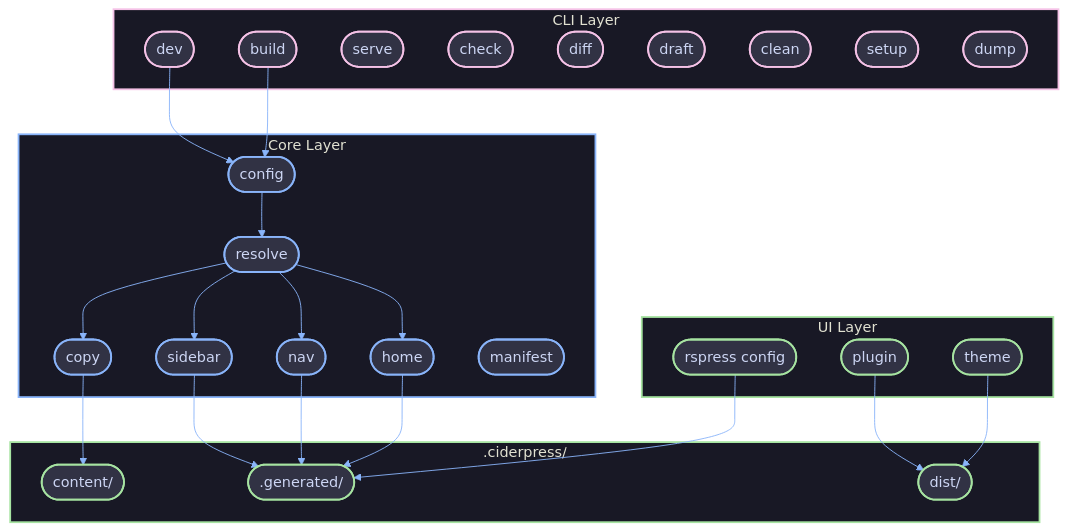
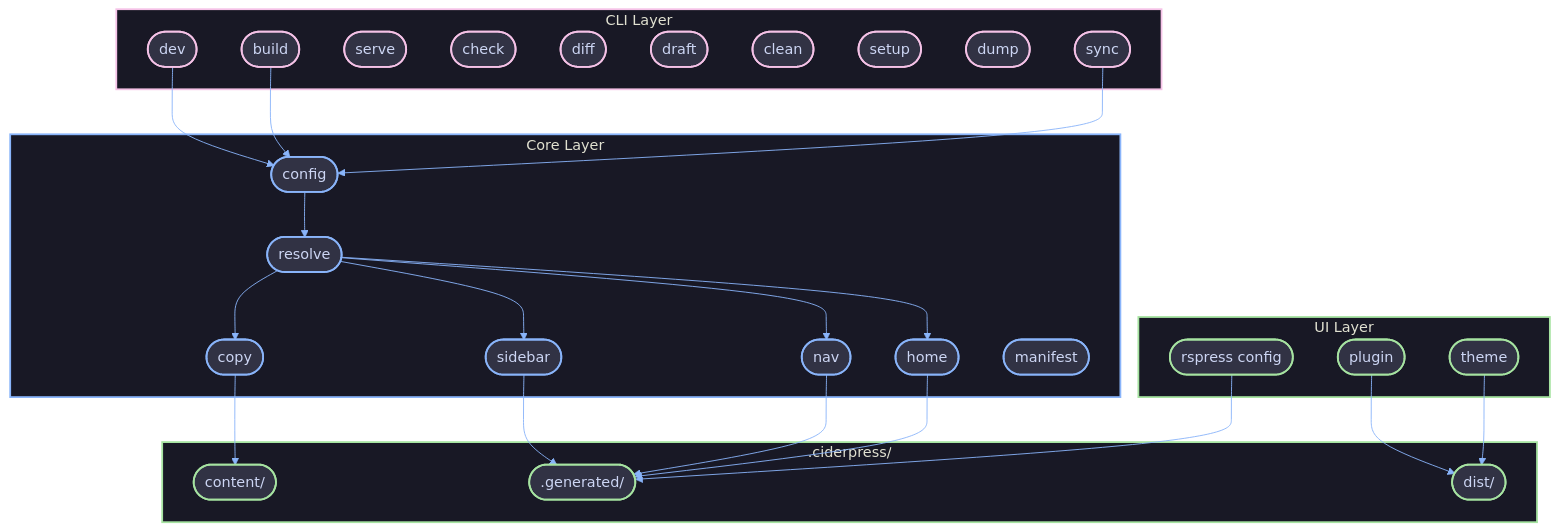
The first of 2 diagrams in contributing/concepts/architecture.md (thebytefarm/ciderpress), drawn with Mermaid before and after one commit. The commit also changed other lines of this file and 19 other files, not shown here.

````diff
--- a/contributing/concepts/architecture.md
+++ b/contributing/concepts/architecture.md
@@ -45,72 +45,73 @@
 ```mermaid
 %%{init: {
   'theme': 'base',
   'themeVariables': {
     'primaryColor': '#313244',
     'primaryTextColor': '#cdd6f4',
     'primaryBorderColor': '#6c7086',
     'lineColor': '#89b4fa',
     'secondaryColor': '#45475a',
     'tertiaryColor': '#1e1e2e',
     'background': '#1e1e2e',
     'mainBkg': '#313244',
     'clusterBkg': '#1e1e2e',
     'clusterBorder': '#45475a'
   },
   'flowchart': { 'curve': 'basis', 'padding': 15 }
 }}%%
 flowchart TB
     subgraph cli ["CLI Layer"]
         DEV(["dev"])
         BUILD(["build"])
         SERVE(["serve"])
         CHECK(["check"])
         DIFF(["diff"])
         DRAFT(["draft"])
         CLEAN(["clean"])
         SETUP(["setup"])
         DUMP(["dump"])
+        SYNC(["sync"])
     end
 
     subgraph core ["Core Layer"]
         CONFIG(["config"])
         RESOLVE(["resolve"])
         COPY(["copy"])
         SIDEBAR(["sidebar"])
         NAV(["nav"])
         HOME(["home"])
         MANIFEST(["manifest"])
     end
 
     subgraph ui ["UI Layer"]
         PLUGIN(["plugin"])
         THEME(["theme"])
         RSPRESS_CFG(["rspress config"])
     end
 
     subgraph output [".ciderpress/"]
         CONTENT(["content/"])
         GENERATED([".generated/"])
         DIST(["dist/"])
     end
 
-    DEV & BUILD --> CONFIG
+    DEV & BUILD & SYNC --> CONFIG
     CONFIG --> RESOLVE --> COPY --> CONTENT
     RESOLVE --> SIDEBAR & NAV & HOME --> GENERATED
     RSPRESS_CFG --> GENERATED
     PLUGIN & THEME --> DIST
 
     classDef core fill:#313244,stroke:#89b4fa,stroke-width:2px,color:#cdd6f4
     classDef agent fill:#313244,stroke:#a6e3a1,stroke-width:2px,color:#cdd6f4
     classDef external fill:#313244,stroke:#f5c2e7,stroke-width:2px,color:#cdd6f4
 
-    class DEV,BUILD,SERVE,CHECK,DIFF,DRAFT,CLEAN,SETUP,DUMP external
+    class DEV,BUILD,SERVE,CHECK,DIFF,DRAFT,CLEAN,SETUP,DUMP,SYNC external
     class CONFIG,RESOLVE,COPY,SIDEBAR,NAV,HOME,MANIFEST core
     class PLUGIN,THEME,RSPRESS_CFG agent
     class CONTENT,GENERATED,DIST agent
 
     style cli fill:#181825,stroke:#f5c2e7,stroke-width:2px
     style core fill:#181825,stroke:#89b4fa,stroke-width:2px
     style ui fill:#181825,stroke:#a6e3a1,stroke-width:2px
     style output fill:#181825,stroke:#a6e3a1,stroke-width:2px
 ```
````
